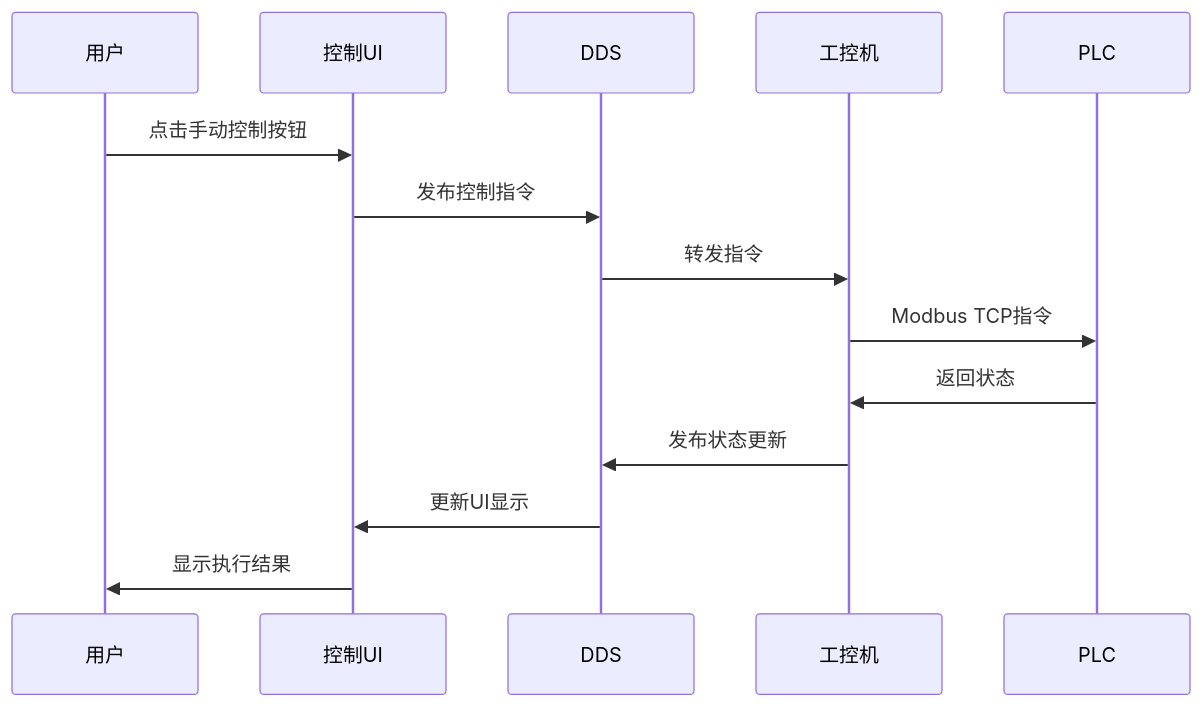
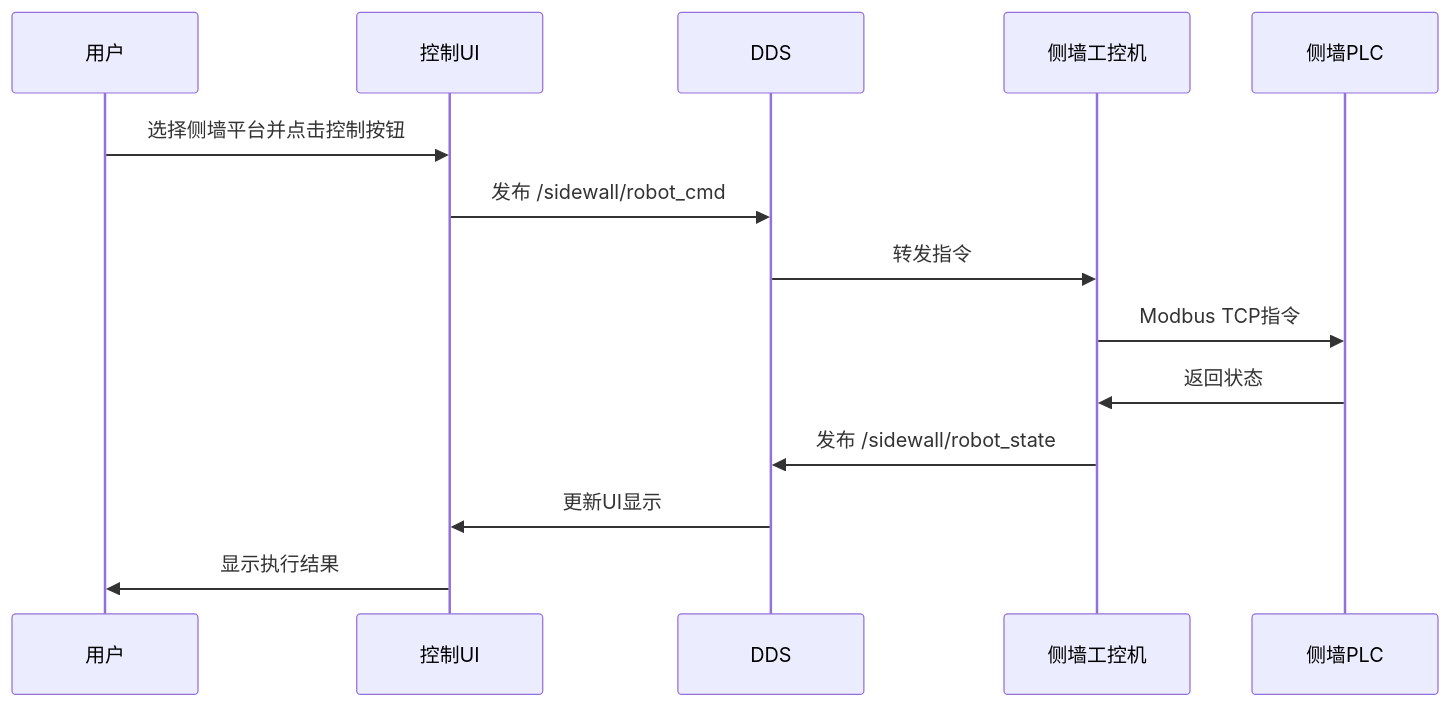
One commit to wsxq2/epoxybot changed the fifth of 14 diagrams in docs/03_系统架构设计.md. Above: the diagram before and after it, drawn with Mermaid. The commit also changed other lines of this file, not shown here.

Commit message:
refactor architecture documentation to enhance clarity and detail on system components and communication protocols

````diff
--- a/docs/03_系统架构设计.md
+++ b/docs/03_系统架构设计.md
@@ -197,17 +267,17 @@
 ```mermaid
 sequenceDiagram
     participant 用户
     participant 控制UI
     participant DDS
-    participant 工控机
-    participant PLC
+    participant 侧墙工控机
+    participant 侧墙PLC
     
-    用户->>控制UI: 点击手动控制按钮
-    控制UI->>DDS: 发布控制指令
-    DDS->>工控机: 转发指令
-    工控机->>PLC: Modbus TCP指令
-    PLC->>工控机: 返回状态
-    工控机->>DDS: 发布状态更新
+    用户->>控制UI: 选择侧墙平台并点击控制按钮
+    控制UI->>DDS: 发布 /sidewall/robot_cmd
+    DDS->>侧墙工控机: 转发指令
+    侧墙工控机->>侧墙PLC: Modbus TCP指令
+    侧墙PLC->>侧墙工控机: 返回状态
+    侧墙工控机->>DDS: 发布 /sidewall/robot_state
     DDS->>控制UI: 更新UI显示
     控制UI->>用户: 显示执行结果
 ```
````
